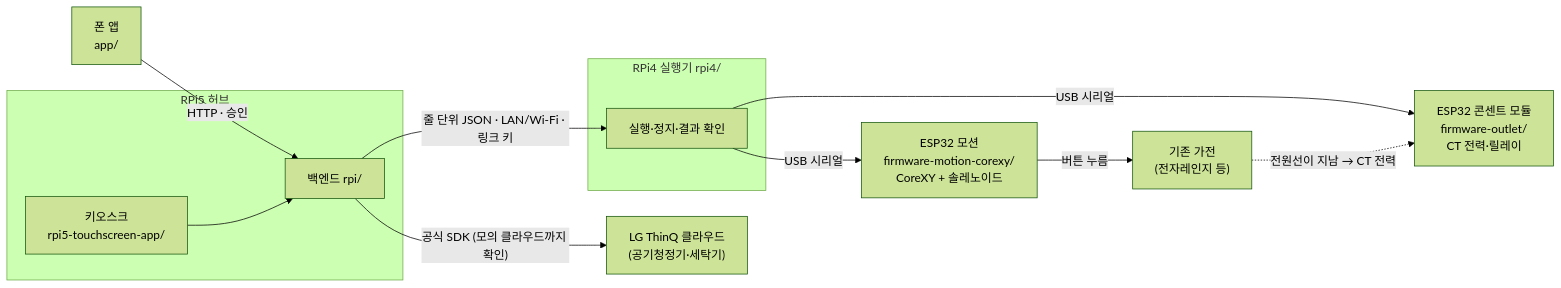
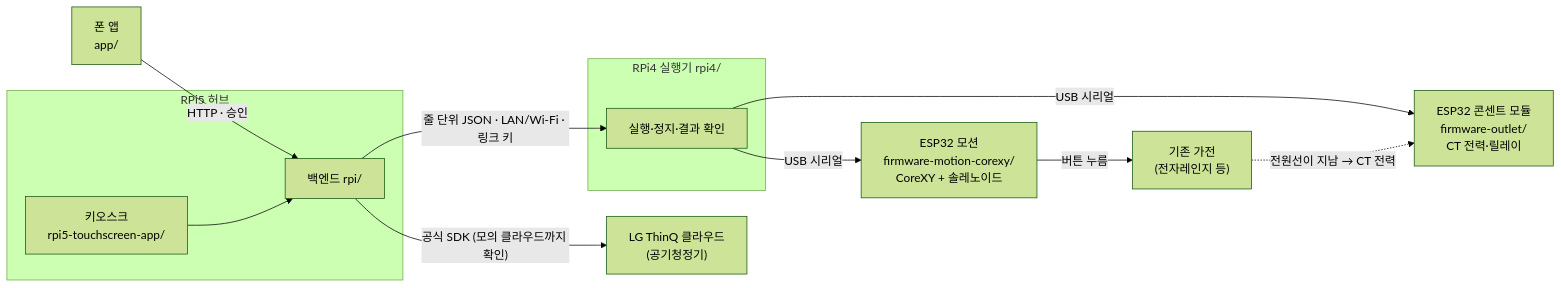
The diagram in README.md (Seongwonp/Simplelay), drawn with Mermaid (forest theme) before and after one commit. The commit also changed other lines of this file and 4 other files, not shown here.

````diff
--- a/README.md
+++ b/README.md
@@ -28,24 +66,24 @@
 ```mermaid
 flowchart LR
     phone["폰 앱<br/>app/"]
     subgraph rpi5["RPi5 허브"]
         hub["백엔드 rpi/"]
         kiosk["키오스크<br/>rpi5-touchscreen-app/"]
     end
     subgraph rpi4b["RPi4 실행기 rpi4/"]
         act["실행·정지·결과 확인"]
     end
     motion["ESP32 모션<br/>firmware-motion-corexy/<br/>CoreXY + 솔레노이드"]
     outlet["ESP32 콘센트 모듈<br/>firmware-outlet/<br/>CT 전력·릴레이"]
     appliance["기존 가전<br/>(전자레인지 등)"]
-    thinq["LG ThinQ 클라우드<br/>(공기청정기·세탁기)"]
+    thinq["LG ThinQ 클라우드<br/>(공기청정기)"]
 
     phone -->|"HTTP · 승인"| hub
     kiosk --> hub
     hub -->|"줄 단위 JSON · LAN/Wi-Fi · 링크 키"| act
     act -->|"USB 시리얼"| motion
     act -->|"USB 시리얼"| outlet
     motion -->|"버튼 누름"| appliance
     appliance -.->|"전원선이 지남 → CT 전력"| outlet
     hub -->|"공식 SDK (모의 클라우드까지 확인)"| thinq
 ```
````
